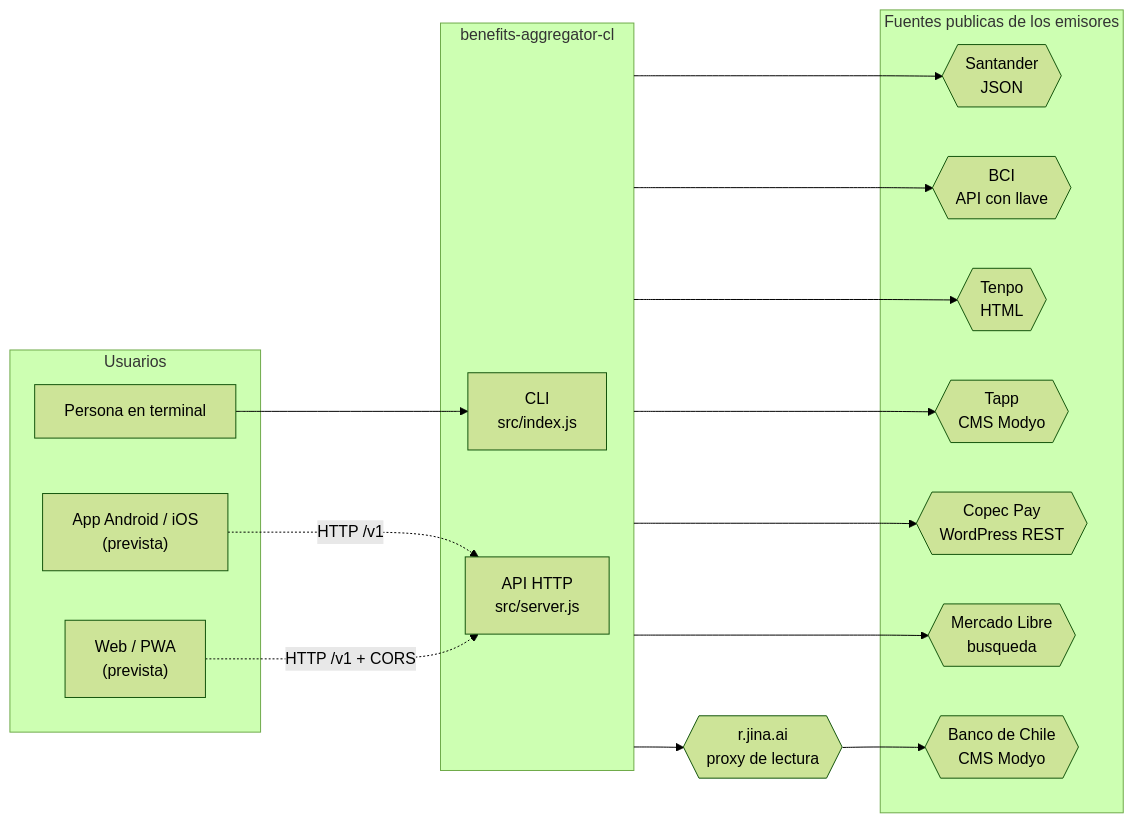
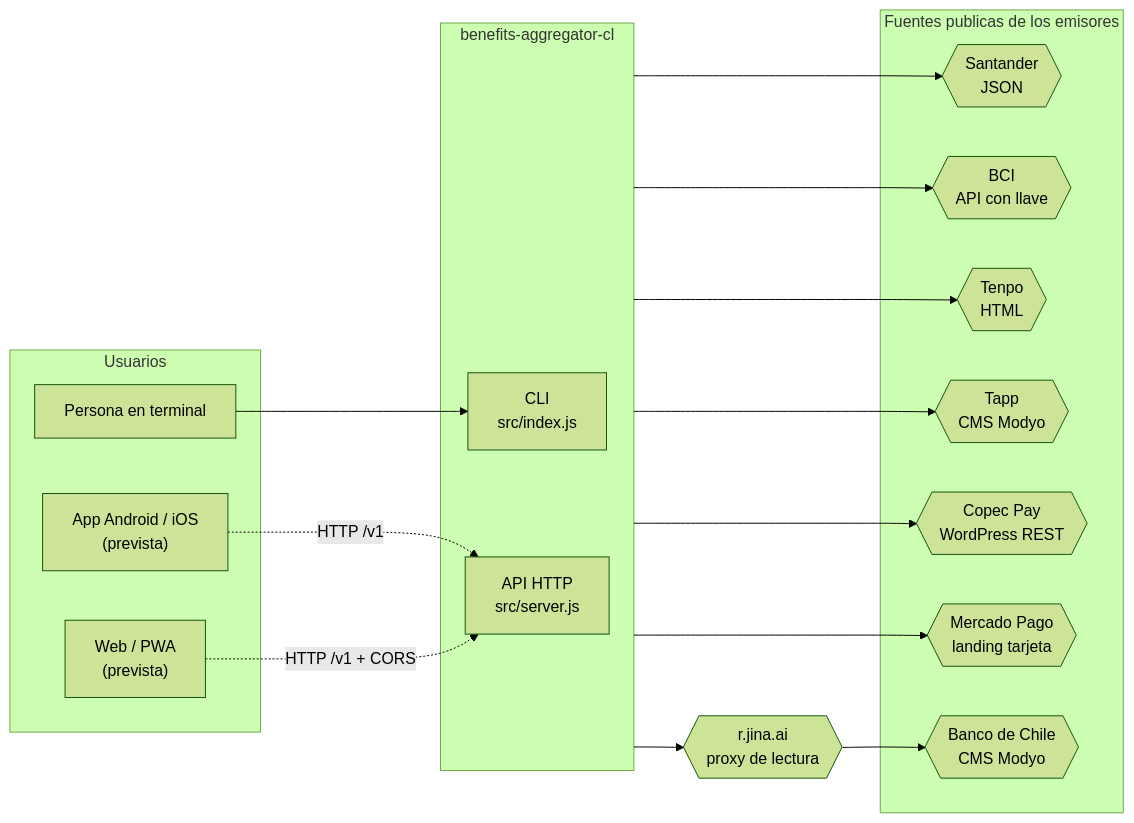
One commit to sebcld/benefits-aggregator-cl changed the diagram in docs/arquitectura/01-contexto.md. Above: the diagram before and after it, drawn with Mermaid (forest theme). The commit also changed other lines of this file and 28 other files, not shown here.

First line of the commit message:
feat(mercadopago): beneficios desde la landing de la tarjeta prepago

````diff
--- a/docs/arquitectura/01-contexto.md
+++ b/docs/arquitectura/01-contexto.md
@@ -5,32 +5,32 @@
 ```mermaid
 flowchart LR
   subgraph usuarios["Usuarios"]
     dev["Persona en terminal"]
     movil["App Android / iOS<br/>(prevista)"]
     web["Web / PWA<br/>(prevista)"]
   end
 
   subgraph sistema["benefits-aggregator-cl"]
     cli["CLI<br/>src/index.js"]
     api["API HTTP<br/>src/server.js"]
   end
 
   dev --> cli
   movil -.->|"HTTP /v1"| api
   web -.->|"HTTP /v1 + CORS"| api
 
   subgraph fuentes["Fuentes publicas de los emisores"]
     santander{{"Santander<br/>JSON"}}
     bci{{"BCI<br/>API con llave"}}
     tenpo{{"Tenpo<br/>HTML"}}
     tapp{{"Tapp<br/>CMS Modyo"}}
     copec{{"Copec Pay<br/>WordPress REST"}}
-    mp{{"Mercado Libre<br/>busqueda"}}
+    mp{{"Mercado Pago<br/>landing tarjeta"}}
     bch{{"Banco de Chile<br/>CMS Modyo"}}
   end
 
   jina{{"r.jina.ai<br/>proxy de lectura"}}
 
   sistema --> santander & bci & tenpo & tapp & copec & mp
   sistema --> jina --> bch
 ```
````
